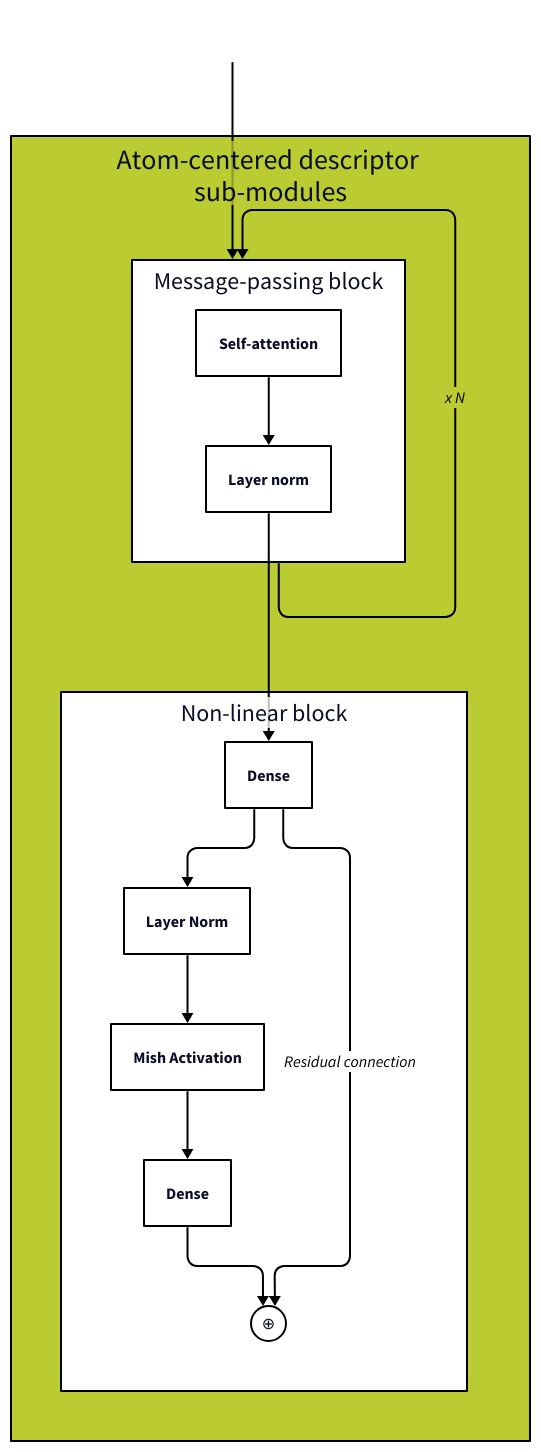
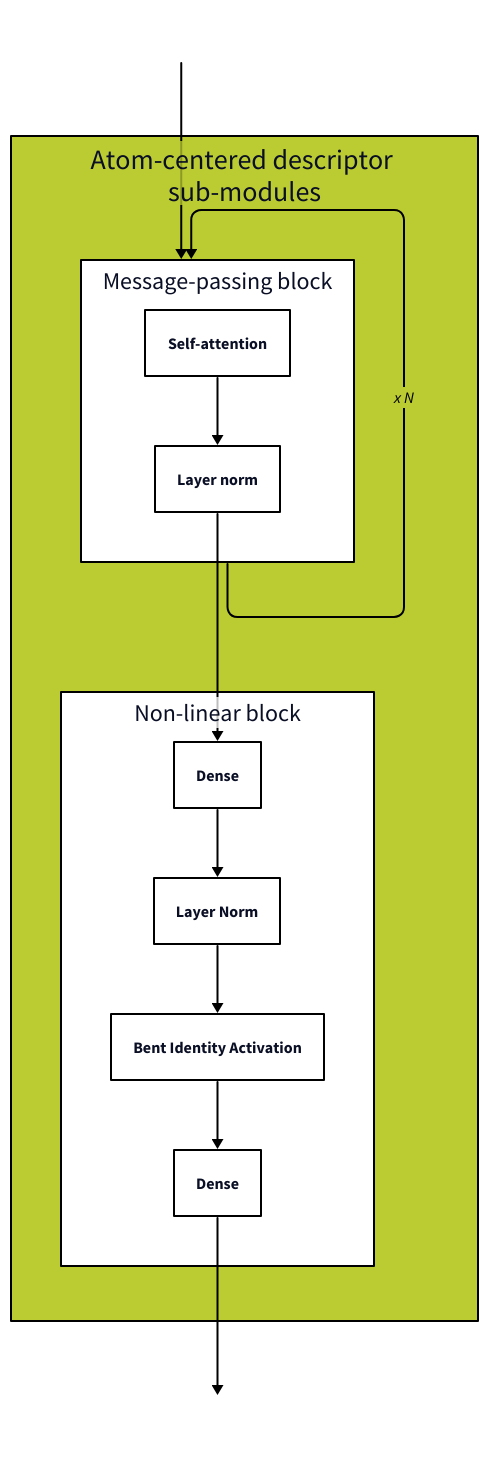
The diagram in architecture_figures/2b_ac_submodules.d2 (SamsungDS/gears_h), drawn with D2 before and after one commit. The commit also changed 3 other files, not shown here.

Commit message:
Remove embedding residual connection from ShallowTDSAAtomCenteredDescriptor and update architecture figure.

```diff
--- a/architecture_figures/2b_ac_submodules.d2
+++ b/architecture_figures/2b_ac_submodules.d2
@@ -1,111 +1,111 @@
 ac: Atom-centered descriptor \n sub-modules {
     class: ac
     mp_block:  Message-passing block {
         class: in_module
         direction: right
         sa: Self-attention {class: in_module}
         mpln: Layer norm{class: in_module}
         sa -> mpln: {style: {stroke: "#000000"; font-color: black}}
         # mpln -> sa: x number of message-passing steps {style: {stroke: "#000000"; font-color: black}}
     }
     nl_block: Non-linear block {
         class: in_module
         nld1: Dense {class: in_module}
         nld2: Dense {class: in_module}
         nlln: Layer Norm {class: in_module}
-        nlma: Mish Activation {class: in_module}
-        nld1 -> nlln -> nlma -> nld2: {style: {stroke: "#000000"; font-color: black}}
-        nlrescon: ⊕ {class: operator}
-        nld1 -> nlrescon: Residual connection {style: {stroke: "#000000"; font-color: black}}
-        nld2 -> nlrescon: {style: {stroke: "#000000"; font-color: black}}
+        nlbia: Bent Identity Activation {class: in_module}
+        nld1 -> nlln -> nlbia -> nld2: {style: {stroke: "#000000"; font-color: black}}
     }
     mp_block -> mp_block: x N {style: {stroke: "#000000"; font-color: black}}
 
     mp_block.mpln -> nl_block.nld1: {style: {stroke: "#000000"; font-color: black}}
 }
 embedding_for_rescon: {class: empty; label: ""}
 indexed_sum_for_mp: {class: empty; label: ""}
 indexed_sum_for_mp -> ac.mp_block: {style: {stroke: "#000000"; font-color: black}}
+nlout: {class: empty; label: ""}
+ac.nl_block.nld2 -> nlout: {style: {stroke: "#000000"; font-color: black}}
+
 # embedding_for_rescon -> ac.nl_block.nlrescon: Reesidual connection {style: {stroke: "#000000"; font-color: black}}
 
 classes: {
     operator: {shape: circle
                width: 35
                height: 35
                style: {fill: "#FFFFFF"
                        stroke: "#000000"
                     #    font: mono
                       }
     }
     empty: {
             # label: ""
             width: 50
             height: 50
             style: {
                 fill: transparent
                 stroke: transparent
                 font-size: 24
             }
     }
     sarb: {
         style: {
             fill: "#44BB99"
             stroke: "#000000"
         }
     }
     in_module: {
         style: {
             fill: "#FFFFFF"
             stroke: "#000000"
             # opacity: 0.5
         }
     }
     ac: {
         style: {
             fill: "#BBCC33"
             stroke: "#000000"
         }
     }
     bc: {
         style: {
             fill: "#EEDD88"
             stroke: "#000000"
         }
     }
     rd: {
         style: {
             fill: "#EE8866"
             stroke: "#000000"
         }
     }
     ro: {
         style: {
             fill: "#FFAABB"
             stroke: "#000000"
         }
     }
     outs: {
         style: {
             fill: "#DDDDDD"
             stroke: "#000000"
             multiple: true
         }
     }
     input : {
         # label: ""
         width: 50
         height: 50
         style: {
             fill: "#99DDFF"
             stroke: "#000000"
             multiple: true
         }
     }
 }
 
 vars: {
     d2-config: {
       layout-engine: elk
     #   theme-id: 101
     }
 }
```
